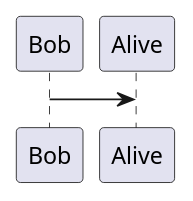
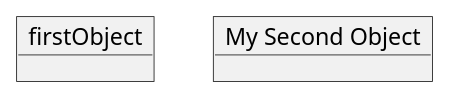
The diagram in src/site/content/index.adoc (gorzala/minecraft), drawn with PlantUML before and after one commit. The commit also changed 1 other file, not shown here.

Commit message:
now with graphviz

```diff
--- a/src/site/content/index.adoc
+++ b/src/site/content/index.adoc
@@ -7,6 +7,7 @@
 [plantuml]
 ....
 @startuml
-Bob->Alive
+object firstObject
+object "My Second Object" as o2
 @enduml
 ....
```
